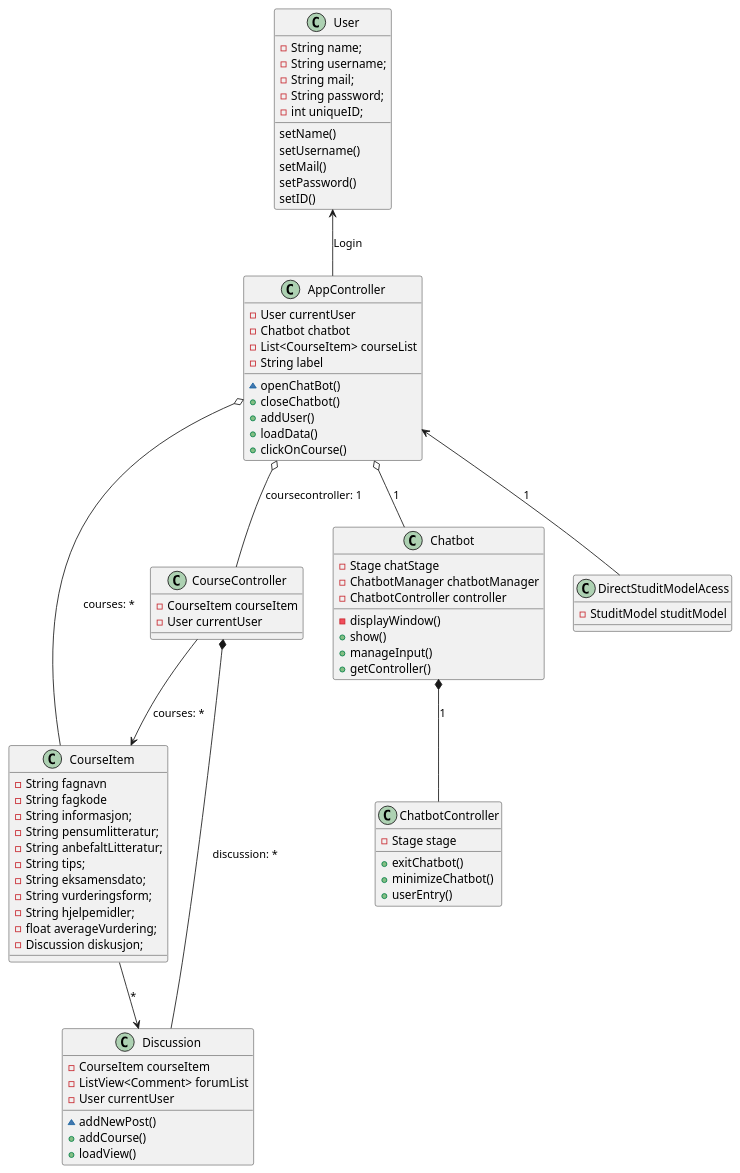
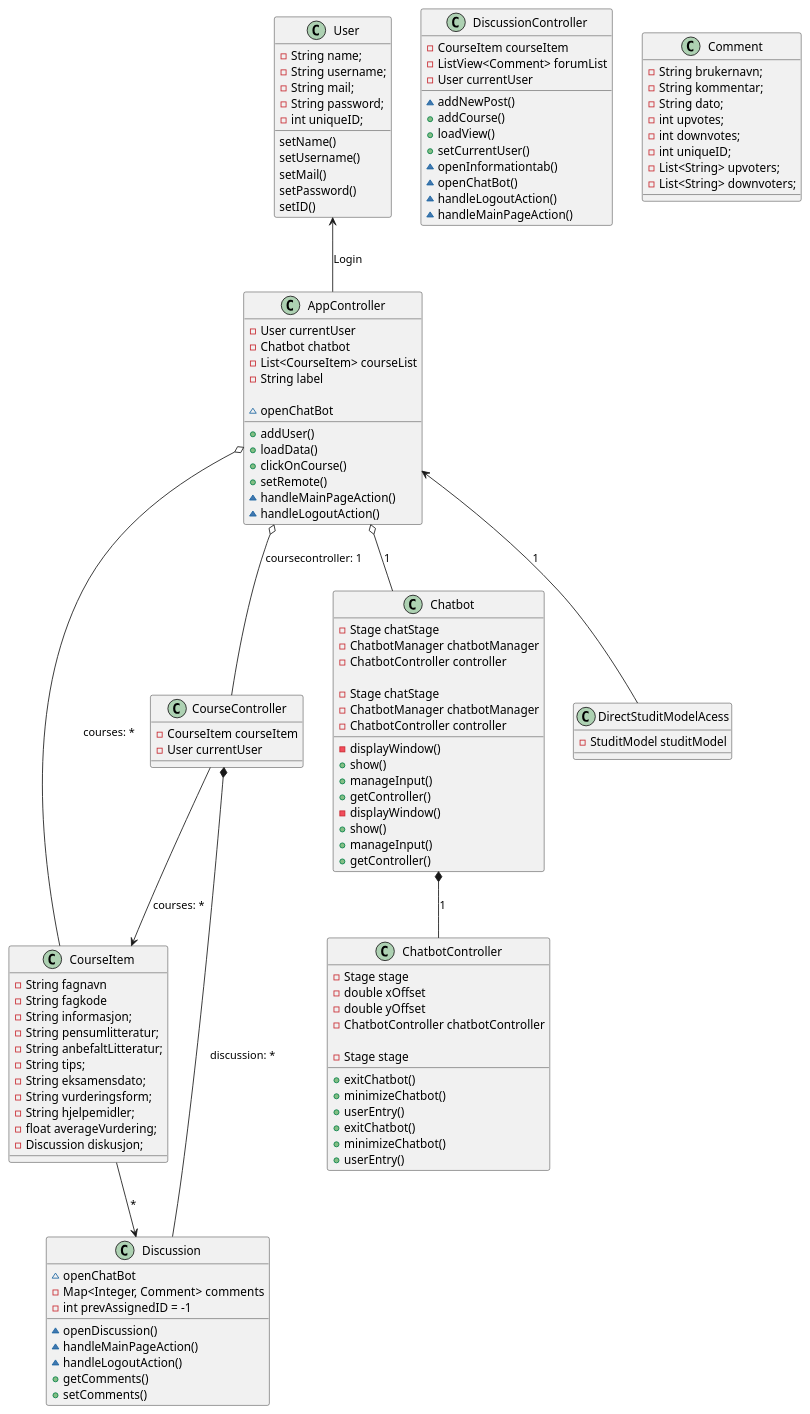
One commit to hakonbjork/StudIt changed the diagram in StudIt/classDiagram.puml. Above: the diagram before and after it, drawn with PlantUML.

Commit message:
#70 updated class diagram

```diff
--- a/StudIt/classDiagram.puml
+++ b/StudIt/classDiagram.puml
@@ -1,97 +1,154 @@
 @startuml
 class CourseItem {
   - String fagnavn
   - String fagkode
   - String informasjon;
   - String pensumlitteratur;
   - String anbefaltLitteratur;
   - String tips;
   - String eksamensdato;
   - String vurderingsform;
   - String hjelpemidler;
   - float averageVurdering;
   - Discussion diskusjon;
 }
 
 
 class CourseController {
   - CourseItem courseItem
   - User currentUser
 }
 
 
 class Discussion {
+
+  ~ openDiscussion()
+  ~ openChatBot
+  ~ handleMainPageAction()
+  ~ handleLogoutAction()
+}
+
+
+class DiscussionController {
     - CourseItem courseItem
     - ListView<Comment> forumList
     - User currentUser
 
-    ~ addNewPost()
+    ~ addNewPost() 
     + addCourse()
     + loadView()
+    + setCurrentUser()
+    ~ openInformationtab()
+    ~ openChatBot()
+    ~ handleLogoutAction()
+    ~ handleMainPageAction()
+}
+
+class Discussion {
+    - Map<Integer, Comment> comments
+    - int prevAssignedID = -1
+
+    + getComments()
+    + setComments()
+}
+
+class Comment {
+    - String brukernavn;
+    - String kommentar;
+    - String dato;
+    - int upvotes;
+    - int downvotes;
+    - int uniqueID;
+    - List<String> upvoters;
+    - List<String> downvoters;
 }
 
 
 class User {
     - String name;
     - String username;
     - String mail;
     - String password;
     - int uniqueID;
 
     setName()
     setUsername()
     setMail()
     setPassword()
     setID()
 }
 
  
 class AppController {
     - User currentUser
     - Chatbot chatbot
     - List<CourseItem> courseList
     - String label
 
-    ~ openChatBot()
-    + closeChatbot()
     + addUser()
     + loadData()
     + clickOnCourse()
+    + setRemote()
+    ~ openChatBot
+    ~ handleMainPageAction()
+    ~ handleLogoutAction()
+}
+
+class Chatbot{
+    - Stage chatStage
+    - ChatbotManager chatbotManager
+    - ChatbotController controller
+
+    - displayWindow()
+    + show()
+    + manageInput()
+    + getController()
+}
+
+class ChatbotController {
+    - Stage stage 
+    - double xOffset 
+    - double yOffset 
+    - ChatbotController chatbotController
+    
+    + exitChatbot()
+    + minimizeChatbot()
+    + userEntry()
 }
 
 class Chatbot{
     - Stage chatStage
     - ChatbotManager chatbotManager
     - ChatbotController controller
 
     - displayWindow()
     + show()
     + manageInput()
     + getController()
 }
 
 class ChatbotController {
     - Stage stage     
     + exitChatbot()
     + minimizeChatbot()
     + userEntry()
 }
 
 class DirectStuditModelAcess {
     - StuditModel studitModel    
 }
 
 
 User <-- AppController: Login
 
 AppController o-- CourseItem: courses: *
 AppController <-- DirectStuditModelAcess: 1
 
 AppController o-- CourseController: coursecontroller: 1
 AppController o-- Chatbot: 1
 Chatbot *-- ChatbotController: 1
 
 CourseItem --> Discussion: *
 CourseController --> CourseItem : courses: *
 CourseController *-- Discussion : discussion: *
 @enduml
```
